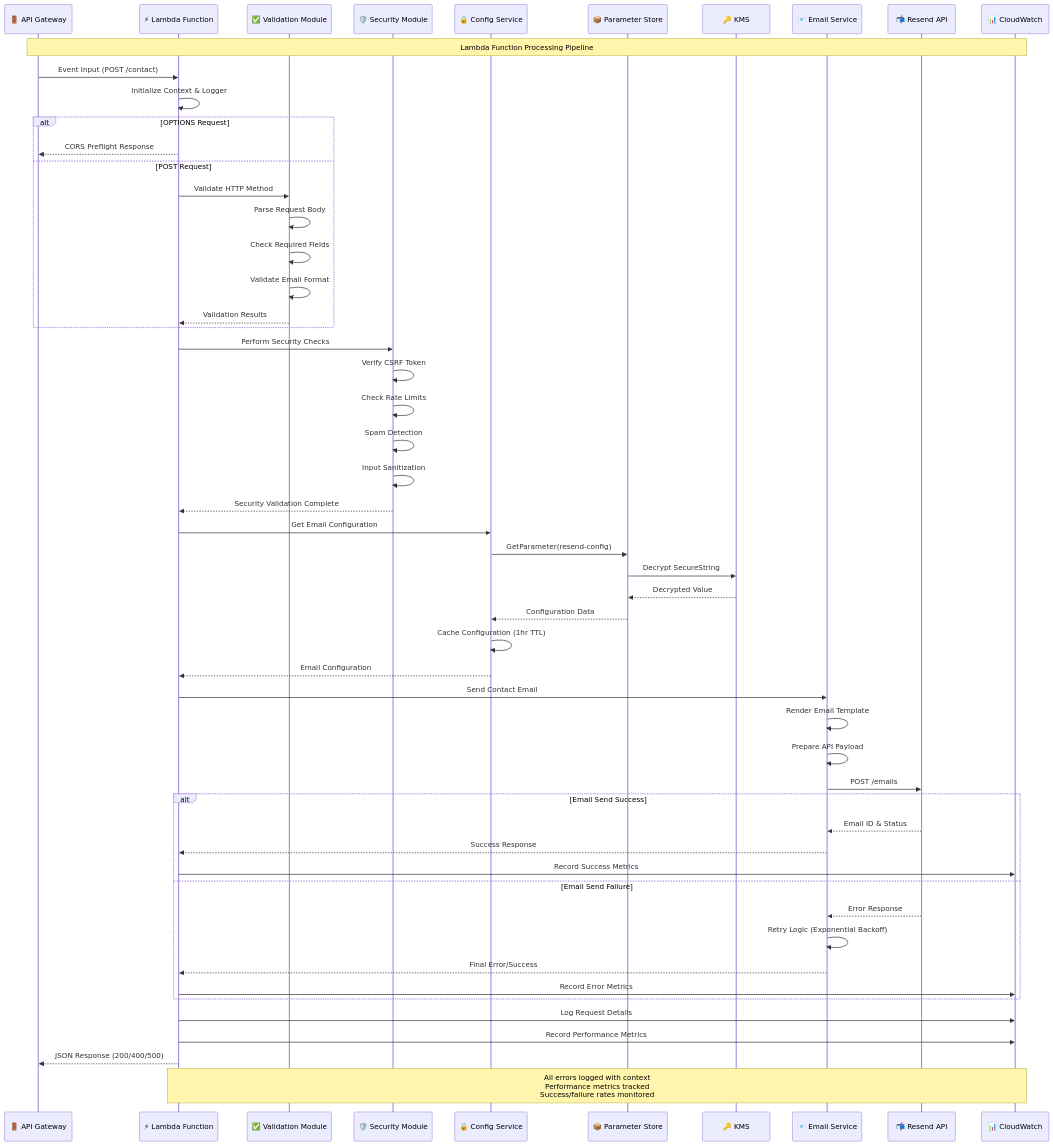
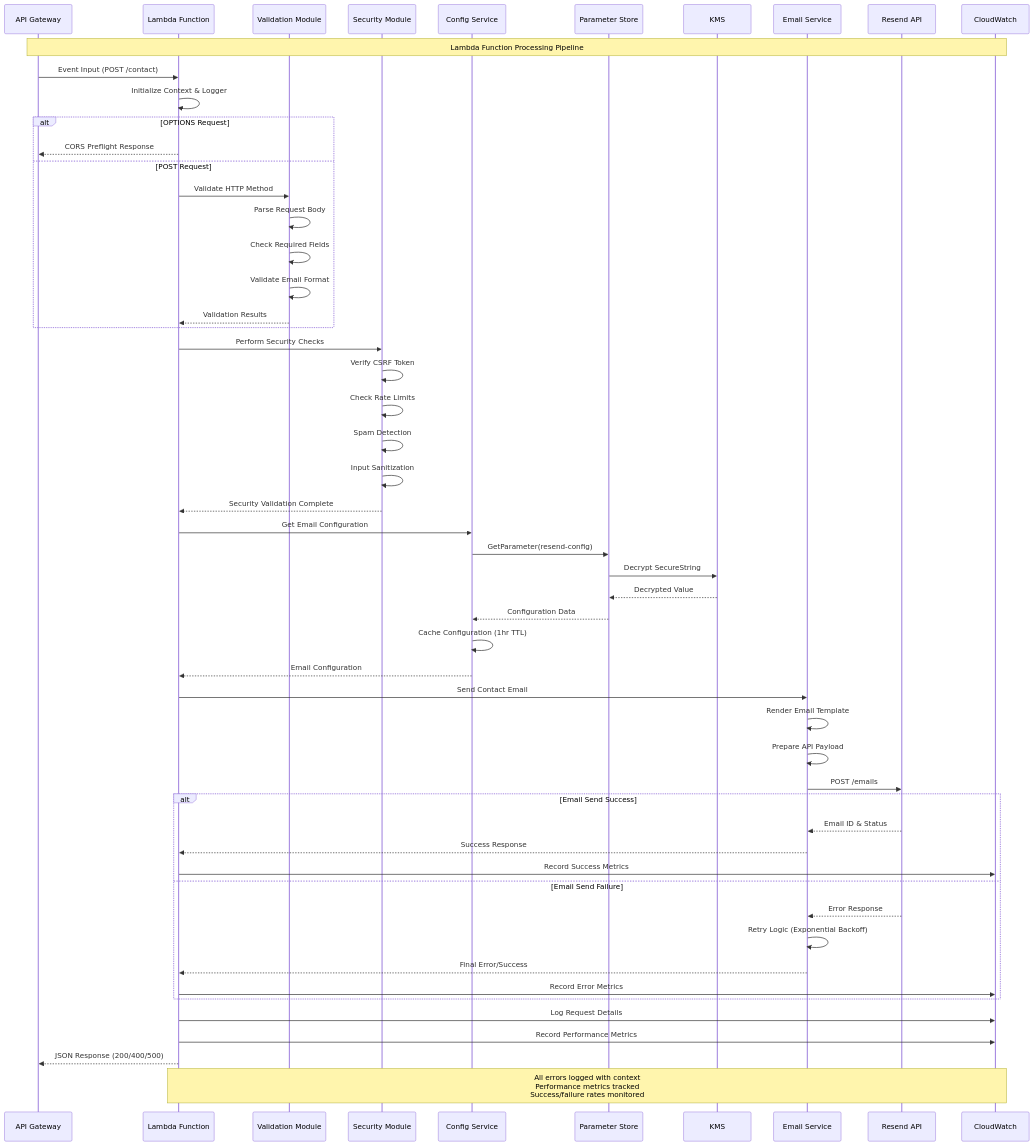
Before and after one commit to BjornMelin/bjornmelin-platform-io: the second of 2 diagrams in docs/infrastructure/email-service-architecture.md, drawn with Mermaid. The commit also changed other lines of this file and 2 other files, not shown here.

First line of the commit message:
docs: standardize Mermaid diagram labels for clarity

````diff
--- a/docs/infrastructure/email-service-architecture.md
+++ b/docs/infrastructure/email-service-architecture.md
@@ -191,72 +191,72 @@
 ```mermaid
 sequenceDiagram
-    participant APIGateway as 🚪 API Gateway
-    participant Lambda as ⚡ Lambda Function
-    participant ValidationModule as ✅ Validation Module
-    participant SecurityModule as 🛡️ Security Module
-    participant ConfigService as 🔒 Config Service
-    participant ParameterStore as 📦 Parameter Store
-    participant KMS as 🔑 KMS
-    participant EmailService as 📧 Email Service
-    participant ResendAPI as 📬 Resend API
-    participant CloudWatch as 📊 CloudWatch
+    participant APIGateway as API Gateway
+    participant Lambda as Lambda Function
+    participant ValidationModule as Validation Module
+    participant SecurityModule as Security Module
+    participant ConfigService as Config Service
+    participant ParameterStore as Parameter Store
+    participant KMS as KMS
+    participant EmailService as Email Service
+    participant ResendAPI as Resend API
+    participant CloudWatch as CloudWatch
     
     Note over APIGateway, CloudWatch: Lambda Function Processing Pipeline
     
     %% 1. Request Initialization
     APIGateway->>Lambda: Event Input (POST /contact)
     Lambda->>Lambda: Initialize Context & Logger
     
     %% 2. CORS & Method Validation
     alt OPTIONS Request
         Lambda-->>APIGateway: CORS Preflight Response
     else POST Request
         Lambda->>ValidationModule: Validate HTTP Method
         ValidationModule->>ValidationModule: Parse Request Body
         ValidationModule->>ValidationModule: Check Required Fields
         ValidationModule->>ValidationModule: Validate Email Format
         ValidationModule-->>Lambda: Validation Results
     end
     
     %% 3. Security Validation
     Lambda->>SecurityModule: Perform Security Checks
     SecurityModule->>SecurityModule: Verify CSRF Token
     SecurityModule->>SecurityModule: Check Rate Limits
     SecurityModule->>SecurityModule: Spam Detection
     SecurityModule->>SecurityModule: Input Sanitization
     SecurityModule-->>Lambda: Security Validation Complete
     
     %% 4. Configuration Retrieval
     Lambda->>ConfigService: Get Email Configuration
     ConfigService->>ParameterStore: GetParameter(resend-config)
     ParameterStore->>KMS: Decrypt SecureString
     KMS-->>ParameterStore: Decrypted Value
     ParameterStore-->>ConfigService: Configuration Data
     ConfigService->>ConfigService: Cache Configuration (1hr TTL)
     ConfigService-->>Lambda: Email Configuration
     
     %% 5. Email Processing
     Lambda->>EmailService: Send Contact Email
     EmailService->>EmailService: Render Email Template
     EmailService->>EmailService: Prepare API Payload
     EmailService->>ResendAPI: POST /emails
     
     alt Email Send Success
         ResendAPI-->>EmailService: Email ID & Status
         EmailService-->>Lambda: Success Response
         Lambda->>CloudWatch: Record Success Metrics
     else Email Send Failure
         ResendAPI-->>EmailService: Error Response
         EmailService->>EmailService: Retry Logic (Exponential Backoff)
         EmailService-->>Lambda: Final Error/Success
         Lambda->>CloudWatch: Record Error Metrics
     end
     
     %% 6. Response & Monitoring
     Lambda->>CloudWatch: Log Request Details
     Lambda->>CloudWatch: Record Performance Metrics
     Lambda-->>APIGateway: JSON Response (200/400/500)
     
     %% 7. Error Handling
     note over Lambda, CloudWatch: All errors logged with context<br/>Performance metrics tracked<br/>Success/failure rates monitored
 ```
````
